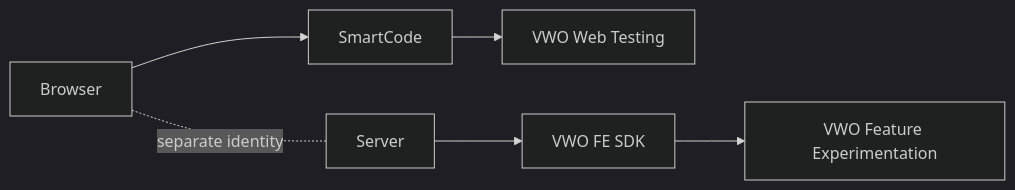
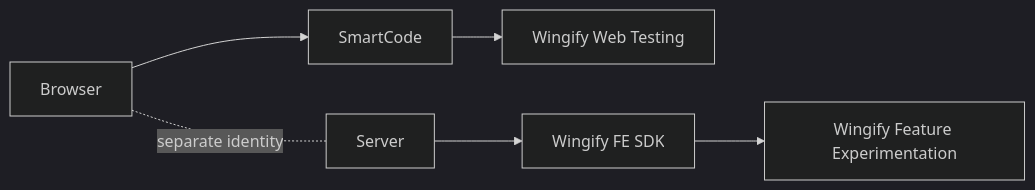
Before and after one commit to wingify/readme-central: the fourth of 6 diagrams in docs/Unified Experimentation/fme-unified-experimentation-identity-synchronization.md, drawn with Mermaid (dark theme). The commit also changed other lines of this file, not shown here.

Commit message:
Update doc `fme-unified-experimentation-identity-synchronization`

````diff
--- a/docs/Unified Experimentation/fme-unified-experimentation-identity-synchronization.md
+++ b/docs/Unified Experimentation/fme-unified-experimentation-identity-synchronization.md
@@ -396,11 +396,11 @@
 ```mermaid
 flowchart LR
     Browser --> SmartCode
-    SmartCode --> VWO_Web[VWO Web Testing]
+    SmartCode --> Wingify_Web[Wingify Web Testing]
 
-    Server --> FE_SDK[VWO FE SDK]
-    FE_SDK --> VWO_FE[VWO Feature Experimentation]
+    Server --> FE_SDK[Wingify FE SDK]
+    FE_SDK --> Wingify_FE[Wingify Feature Experimentation]
 
     Browser -. separate identity .- Server
 
 ```
````
